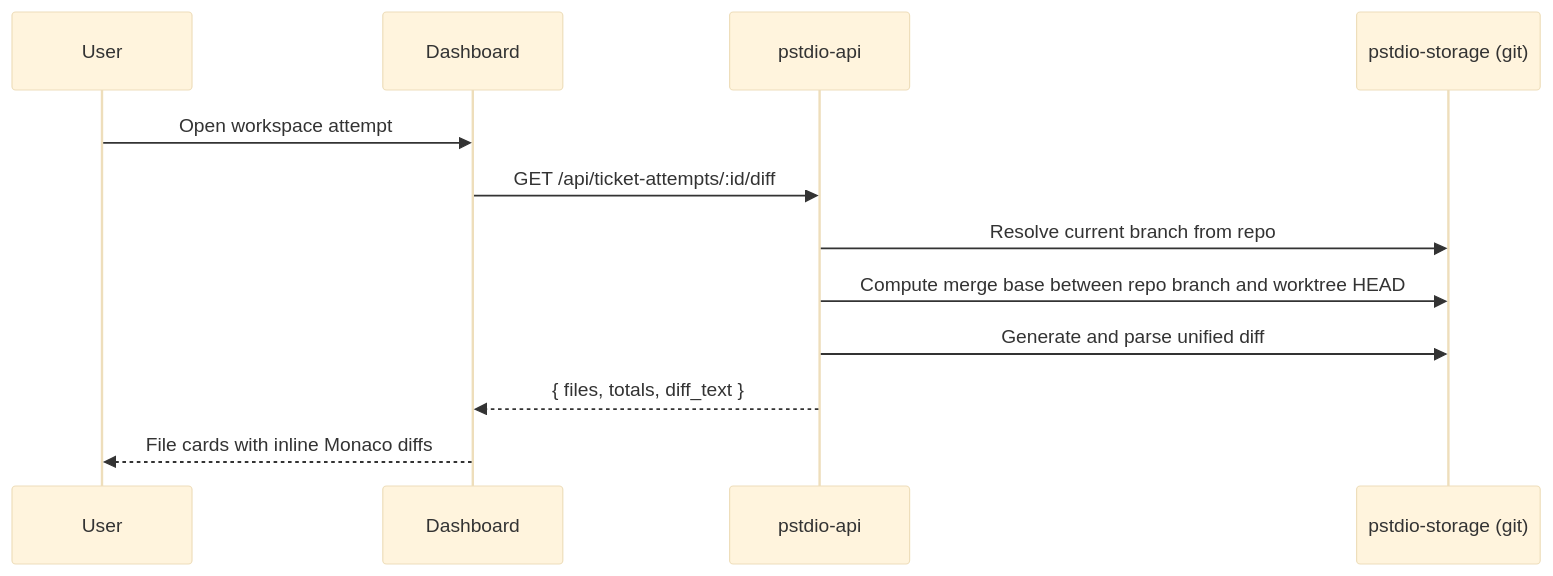
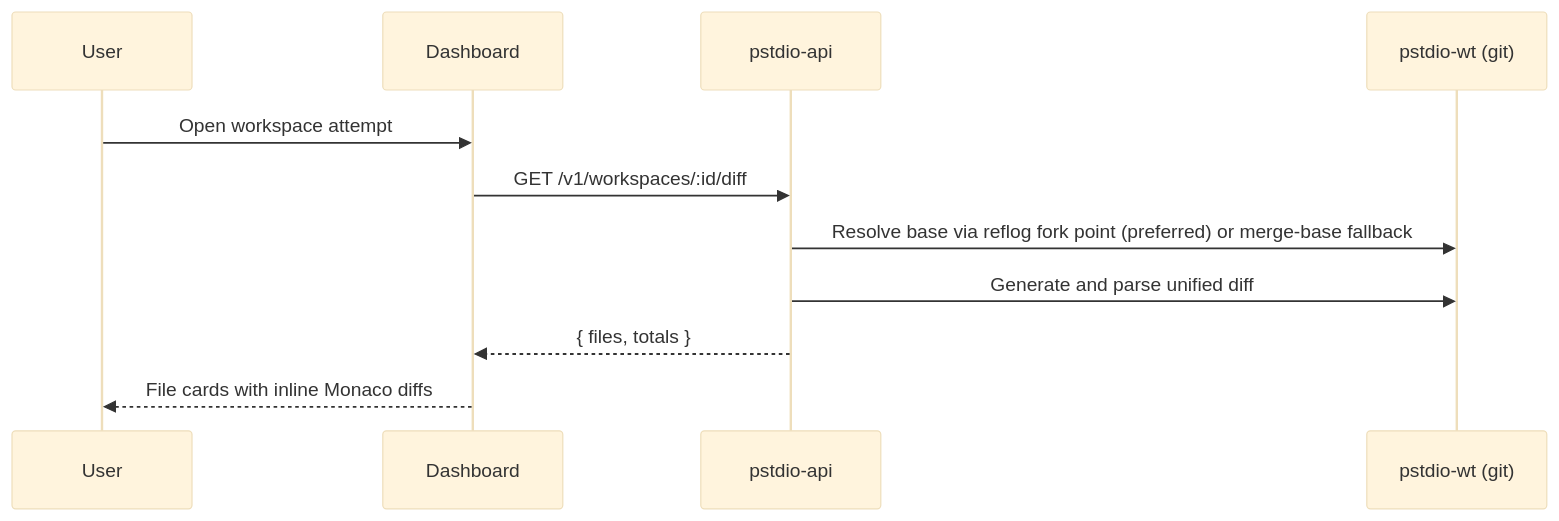
The diagram in .pstdio/docs/architecture/workspace-diff-presentation.md (jenshorn/prompt-studio), drawn with Mermaid (base theme) before and after one commit. The commit also changed other lines of this file and 125 other files, not shown here.

````diff
--- a/.pstdio/docs/architecture/workspace-diff-presentation.md
+++ b/.pstdio/docs/architecture/workspace-diff-presentation.md
@@ -29,15 +29,14 @@
 ```mermaid
 sequenceDiagram
   participant User
   participant Dashboard
   participant API as pstdio-api
-  participant Git as pstdio-storage (git)
+  participant Git as pstdio-wt (git)
 
   User->>Dashboard: Open workspace attempt
-  Dashboard->>API: GET /api/ticket-attempts/:id/diff
-  API->>Git: Resolve current branch from repo
-  API->>Git: Compute merge base between repo branch and worktree HEAD
+  Dashboard->>API: GET /v1/workspaces/:id/diff
+  API->>Git: Resolve base via reflog fork point (preferred) or merge-base fallback
   API->>Git: Generate and parse unified diff
-  API-->>Dashboard: { files, totals, diff_text }
+  API-->>Dashboard: { files, totals }
   Dashboard-->>User: File cards with inline Monaco diffs
 ```
````
